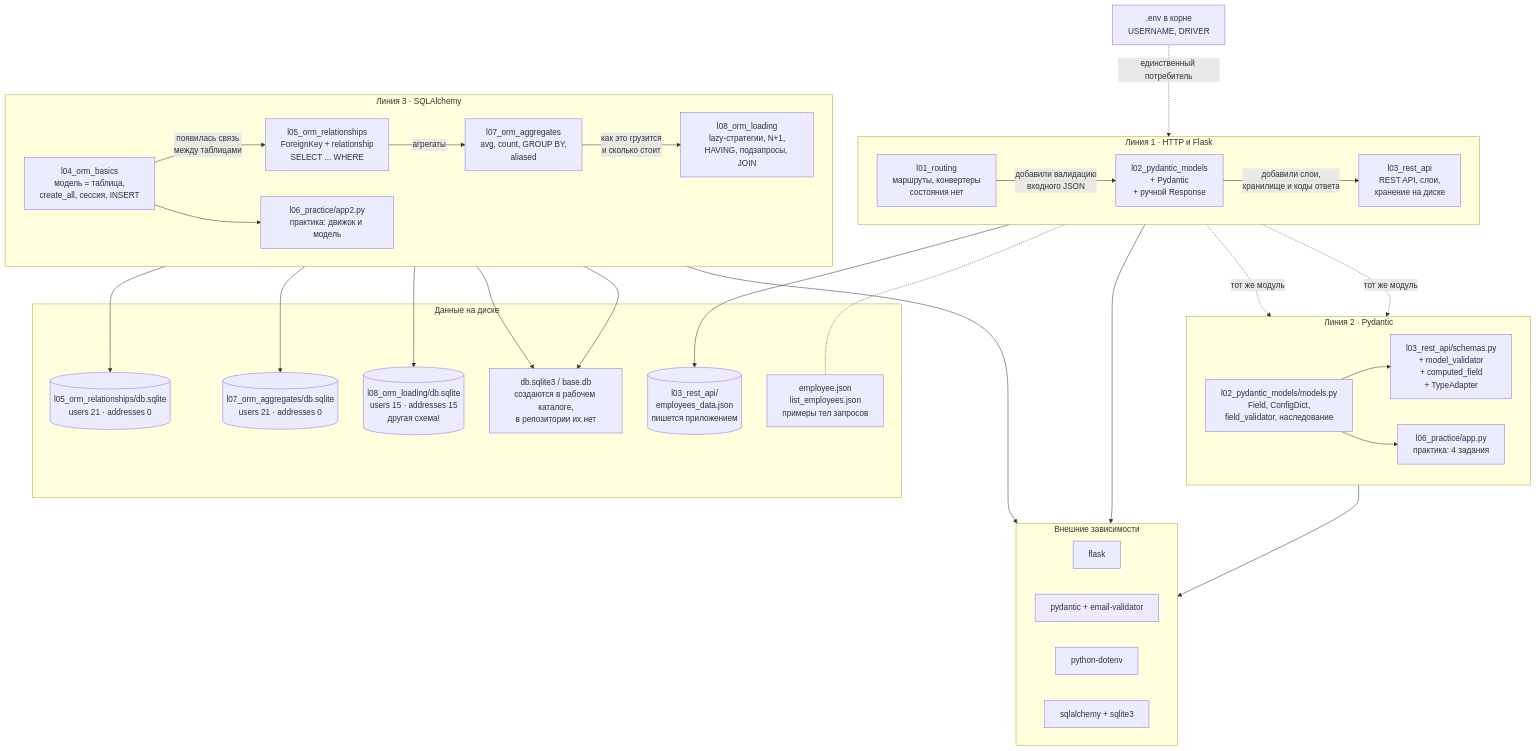
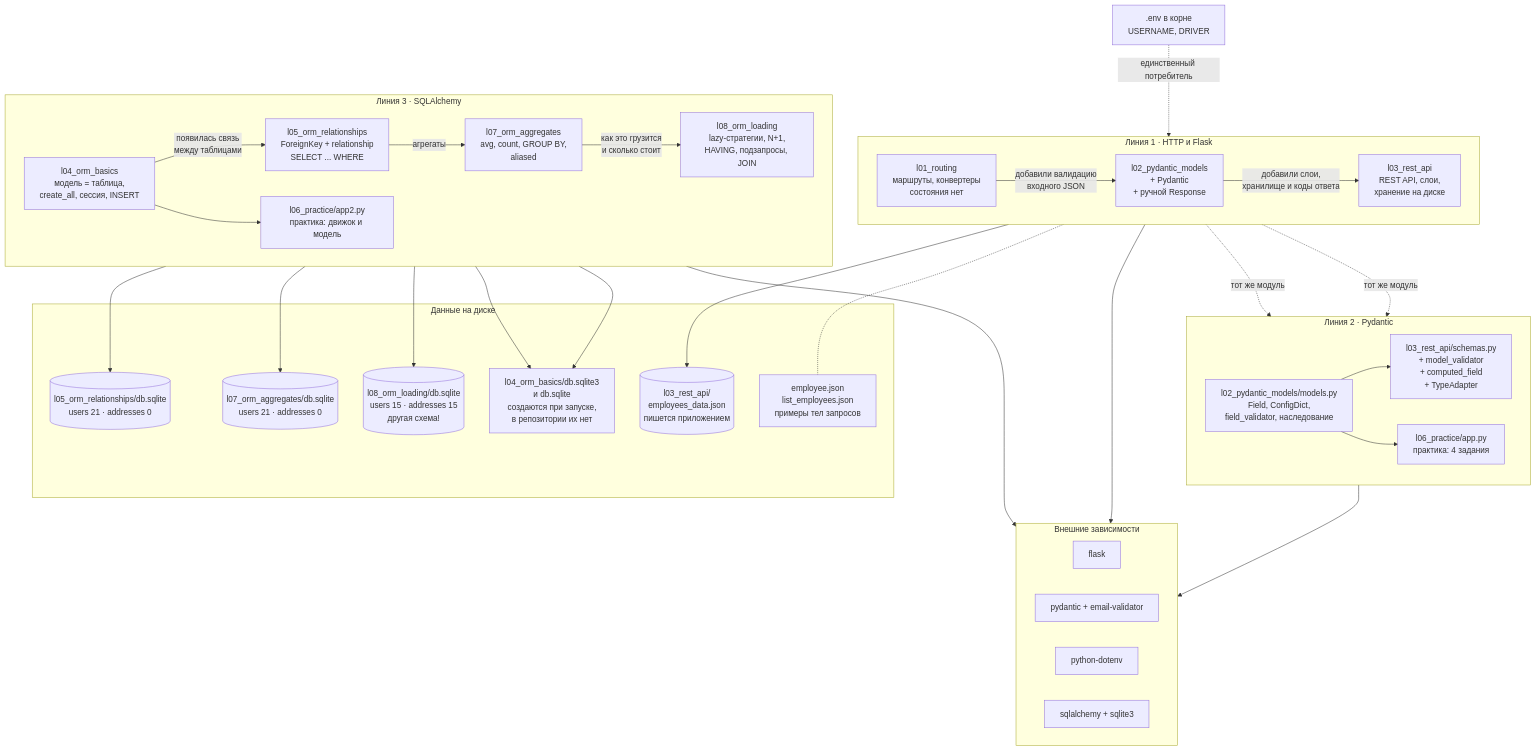
One commit to viktorplus/060326-flask changed the diagram in SCHEMA.md. Above: the diagram before and after it, drawn with Mermaid. The commit also changed other lines of this file and 29 other files, not shown here.

````diff
--- a/SCHEMA.md
+++ b/SCHEMA.md
@@ -28,66 +37,66 @@
 ```mermaid
 flowchart TB
     subgraph line1["Линия 1 · HTTP и Flask"]
         direction LR
         F0["l01_routing<br/>маршруты, конвертеры<br/>состояния нет"]
         F03["l02_pydantic_models<br/>+ Pydantic<br/>+ ручной Response"]
         F04["l03_rest_api<br/>REST API, слои,<br/>хранение на диске"]
         F0 -->|"добавили валидацию<br/>входного JSON"| F03
         F03 -->|"добавили слои,<br/>хранилище и коды ответа"| F04
     end
 
     subgraph line2["Линия 2 · Pydantic"]
         direction LR
         P1["l02_pydantic_models/models.py<br/>Field, ConfigDict,<br/>field_validator, наследование"]
         P2["l03_rest_api/schemas.py<br/>+ model_validator<br/>+ computed_field<br/>+ TypeAdapter"]
         P3["l06_practice/app.py<br/>практика: 4 задания"]
         P1 --> P2
         P1 --> P3
     end
 
     subgraph line3["Линия 3 · SQLAlchemy"]
         direction LR
         S1["l04_orm_basics<br/>модель = таблица,<br/>create_all, сессия, INSERT"]
         S2["l05_orm_relationships<br/>ForeignKey + relationship<br/>SELECT ... WHERE"]
         S3["l07_orm_aggregates<br/>avg, count, GROUP BY,<br/>aliased"]
         S4["l08_orm_loading<br/>lazy-стратегии, N+1,<br/>HAVING, подзапросы, JOIN"]
         S5["l06_practice/app2.py<br/>практика: движок и модель"]
         S1 -->|"появилась связь<br/>между таблицами"| S2
         S2 -->|"агрегаты"| S3
         S3 -->|"как это грузится<br/>и сколько стоит"| S4
         S1 --> S5
     end
 
     F03 -.->|"тот же модуль"| P1
     F04 -.->|"тот же модуль"| P2
 
     line1 --> Deps
     line2 --> Deps
     line3 --> Deps
 
     subgraph Deps["Внешние зависимости"]
         D1["flask"]
         D2["pydantic + email-validator"]
         D3["python-dotenv"]
         D4["sqlalchemy + sqlite3"]
     end
 
     subgraph Data["Данные на диске"]
         J1[("l03_rest_api/<br/>employees_data.json<br/>пишется приложением")]
         J2["employee.json<br/>list_employees.json<br/>примеры тел запросов"]
         B1[("l05_orm_relationships/db.sqlite<br/>users 21 · addresses 0")]
         B2[("l07_orm_aggregates/db.sqlite<br/>users 21 · addresses 0")]
         B3[("l08_orm_loading/db.sqlite<br/>users 15 · addresses 15<br/>другая схема!")]
-        B4["db.sqlite3 / base.db<br/>создаются в рабочем каталоге,<br/>в репозитории их нет"]
+        B4["l04_orm_basics/db.sqlite3<br/>и db.sqlite<br/>создаются при запуске,<br/>в репозитории их нет"]
     end
 
     F04 --> J1
     F04 -.- J2
     S2 --> B1
     S3 --> B2
     S4 --> B3
     S1 --> B4
     S5 --> B4
 
     ENV[".env в корне<br/>USERNAME, DRIVER"] -.->|"единственный потребитель"| F04
 ```
````
